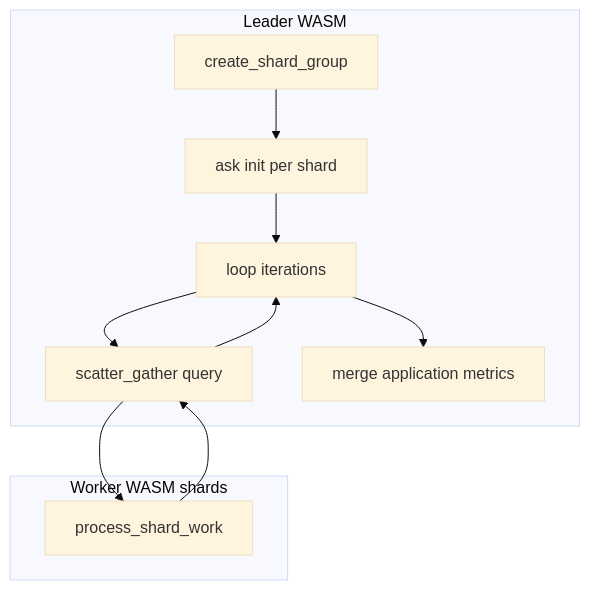
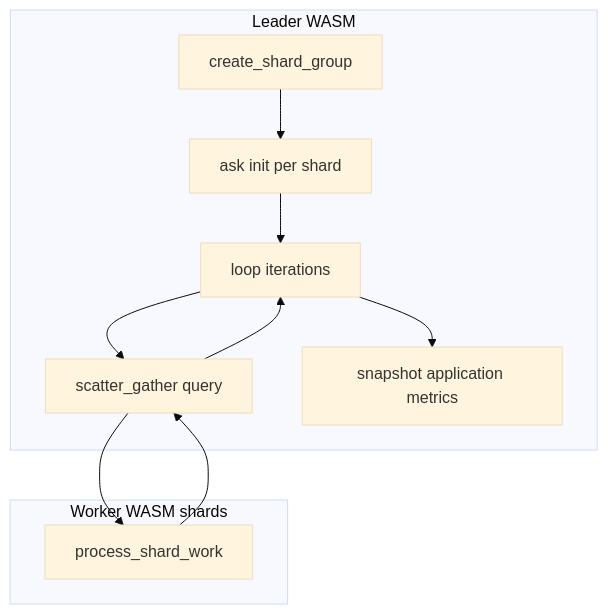
Before and after one commit to bhatti/PlexSpaces: the diagram in examples/rust/apps/data_parallel_worker/README.md, drawn with Mermaid (base theme). The commit also changed other lines of this file and 414 other files, not shown here.

````diff
--- a/examples/rust/apps/data_parallel_worker/README.md
+++ b/examples/rust/apps/data_parallel_worker/README.md
@@ -9,19 +9,19 @@
 ```mermaid
 flowchart TB
   subgraph leader [Leader WASM]
     L1[create_shard_group]
     L2[ask init per shard]
     L3[loop iterations]
     L4[scatter_gather query]
-    L5[merge application metrics]
+    L5["snapshot application metrics"]
     L1 --> L2 --> L3
     L3 --> L4
     L4 --> L3
     L3 --> L5
   end
   subgraph workers [Worker WASM shards]
     W1[process_shard_work]
   end
   L4 --> W1
   W1 --> L4
 ```
````
